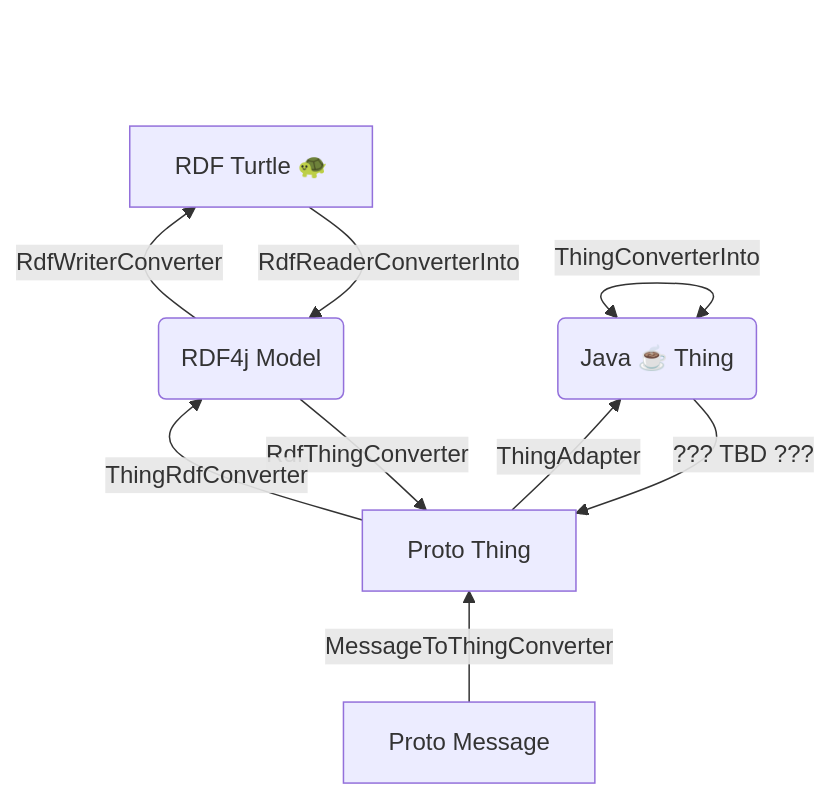
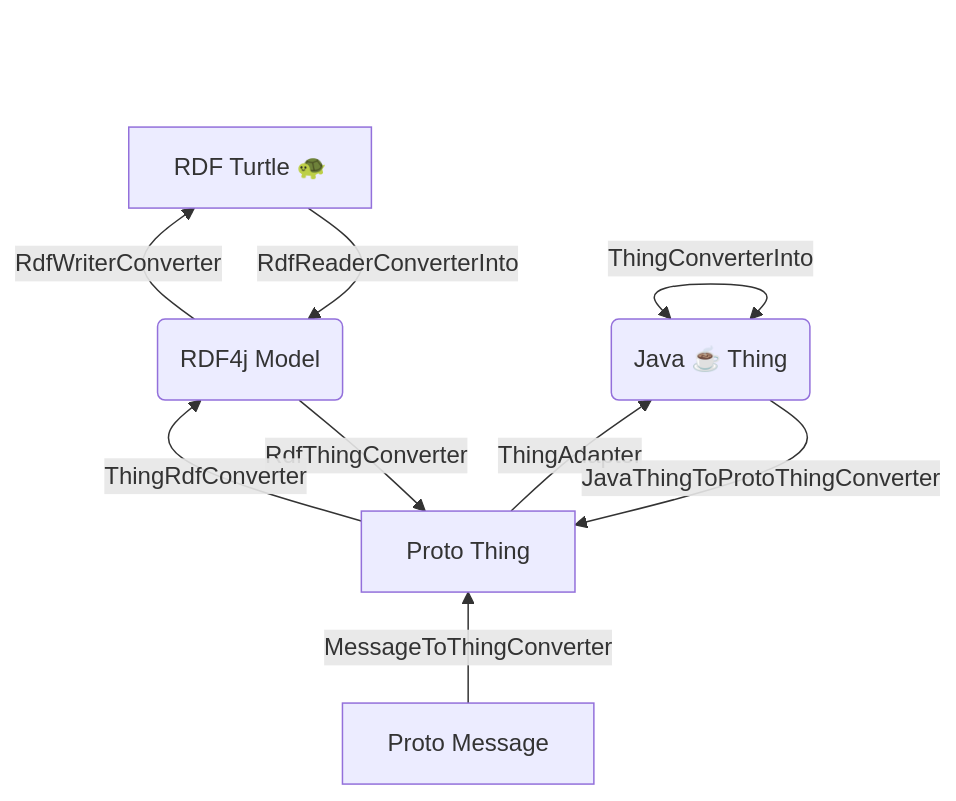
The diagram in docs/dev/implementation.md (enola-dev/enola), drawn with Mermaid before and after one commit. The commit also changed other lines of this file and 13 other files, not shown here.

````diff
--- a/docs/dev/implementation.md
+++ b/docs/dev/implementation.md
@@ -91,19 +89,19 @@
 ``` mermaid
 graph BT
   ProtoThing[Proto Thing]
   ProtoMessage[Proto Message]
   RDF4jModel(RDF4j Model)
   RDFTurtle["RDF Turtle 🐢"]
   JavaThing("Java ☕ Thing")
 
   ProtoThing-- "ThingAdapter" -->JavaThing
-  JavaThing-- "??? TBD ???" -->ProtoThing
+  JavaThing-- "JavaThingToProtoThingConverter" -->ProtoThing
   ProtoMessage-- "MessageToThingConverter" -->ProtoThing
 
   JavaThing<-- "ThingConverterInto" -->JavaThing
 
   RDF4jModel-- "RdfThingConverter" -->ProtoThing
   ProtoThing-- "ThingRdfConverter" -->RDF4jModel
   RDF4jModel-- "RdfWriterConverter" -->RDFTurtle
   RDFTurtle-- "RdfReaderConverterInto" -->RDF4jModel
 ```
````
